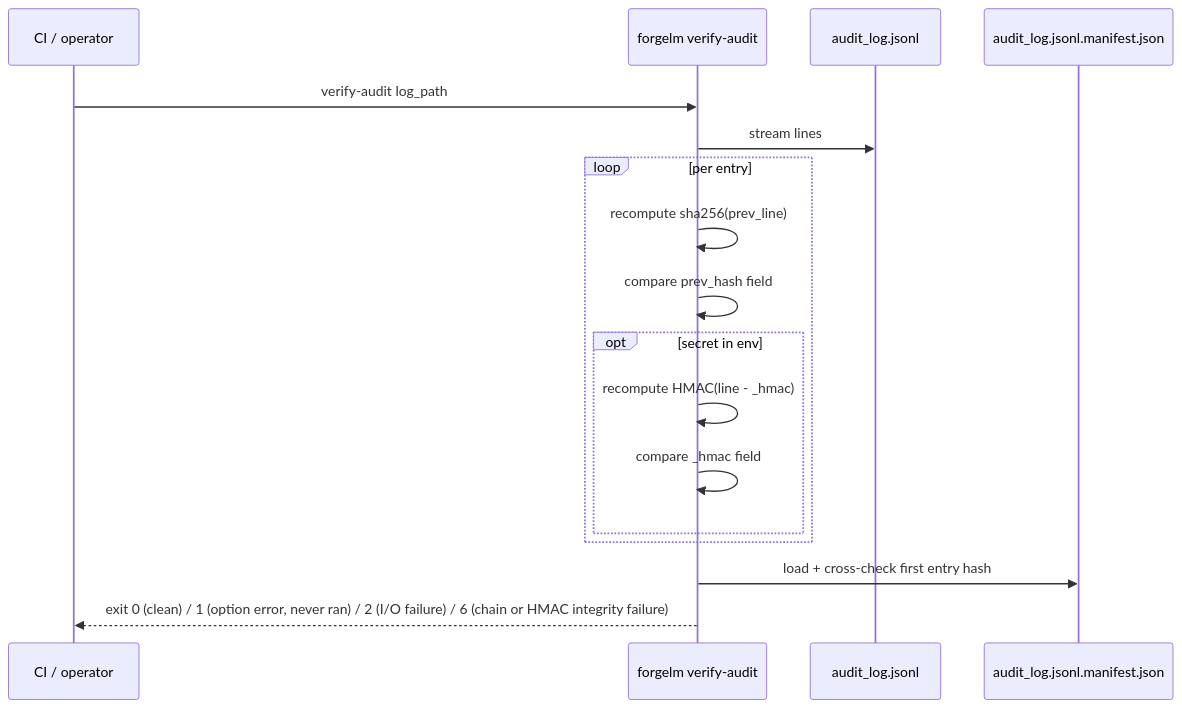
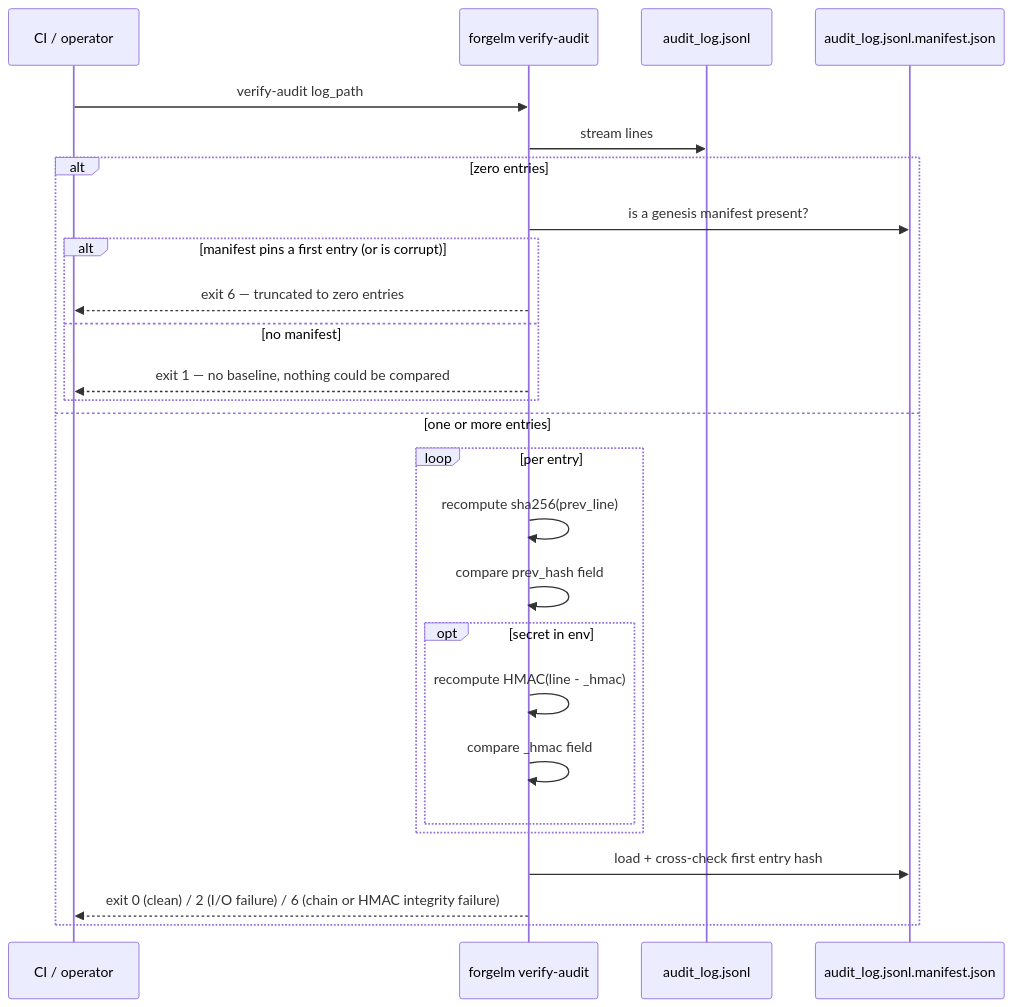
Before and after one commit to HodeTech/ForgeLM: the diagram in docs/usermanuals/en/compliance/verify-audit.md, drawn with Mermaid. The commit also changed other lines of this file and 34 other files, not shown here.

````diff
--- a/docs/usermanuals/en/compliance/verify-audit.md
+++ b/docs/usermanuals/en/compliance/verify-audit.md
@@ -19,20 +19,29 @@
 ```mermaid
 sequenceDiagram
     participant CI as CI / operator
     participant Verify as forgelm verify-audit
     participant Log as audit_log.jsonl
     participant Manifest as audit_log.jsonl.manifest.json
 
     CI->>Verify: verify-audit log_path
     Verify->>Log: stream lines
-    loop per entry
-        Verify->>Verify: recompute sha256(prev_line)
-        Verify->>Verify: compare prev_hash field
-        opt secret in env
-            Verify->>Verify: recompute HMAC(line - _hmac)
-            Verify->>Verify: compare _hmac field
+    alt zero entries
+        Verify->>Manifest: is a genesis manifest present?
+        alt manifest pins a first entry (or is corrupt)
+            Verify-->>CI: exit 6 — truncated to zero entries
+        else no manifest
+            Verify-->>CI: exit 1 — no baseline, nothing could be compared
         end
+    else one or more entries
+        loop per entry
+            Verify->>Verify: recompute sha256(prev_line)
+            Verify->>Verify: compare prev_hash field
+            opt secret in env
+                Verify->>Verify: recompute HMAC(line - _hmac)
+                Verify->>Verify: compare _hmac field
+            end
+        end
+        Verify->>Manifest: load + cross-check first entry hash
+        Verify-->>CI: exit 0 (clean) / 2 (I/O failure) / 6 (chain or HMAC integrity failure)
     end
-    Verify->>Manifest: load + cross-check first entry hash
-    Verify-->>CI: exit 0 (clean) / 1 (option error, never ran) / 2 (I/O failure) / 6 (chain or HMAC integrity failure)
 ```
````
